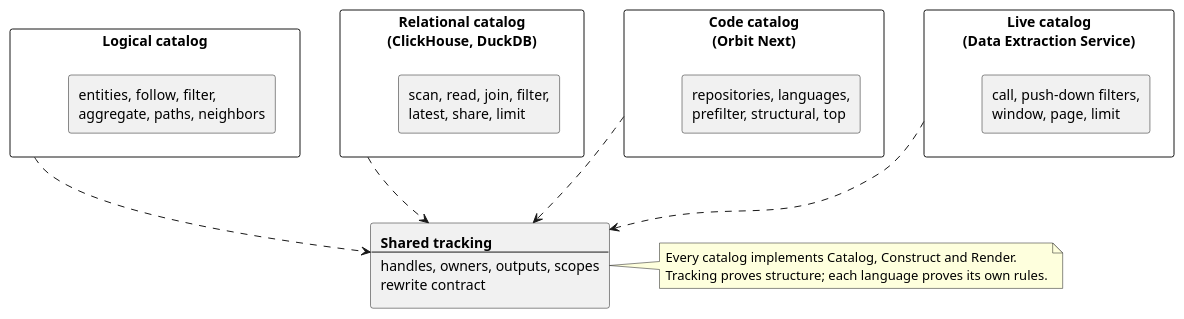
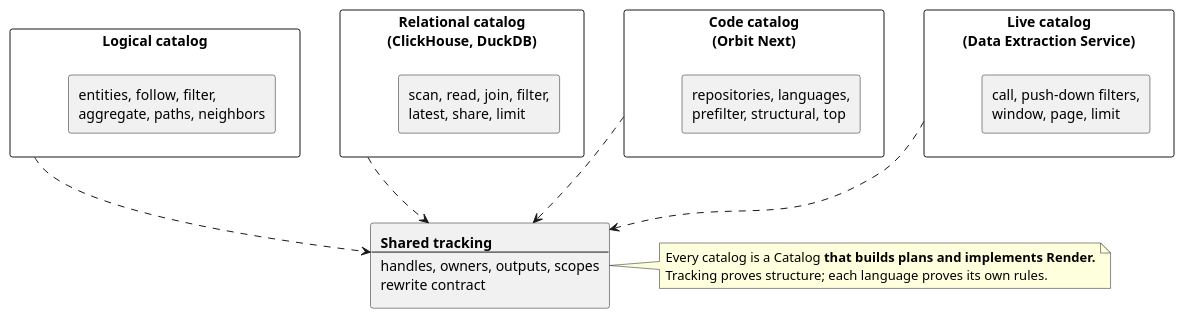
The sixth of 10 diagrams in docs/pages/engineering/adr/024_pluggable_data_model.md (gitlabhq/orbit-knowledge-graph), drawn with PlantUML before and after one commit. The commit also changed other lines of this file and 1 other file, not shown here.

````diff
--- a/docs/pages/engineering/adr/024_pluggable_data_model.md
+++ b/docs/pages/engineering/adr/024_pluggable_data_model.md
@@ -434,37 +434,37 @@
 ```plantuml
 @startuml
 set separator none
 skinparam shadowing false
 skinparam componentStyle rectangle
 skinparam nodesep 50
 skinparam ranksep 90
 
 component "Logical catalog" as LCAT {
   [entities, follow, filter,\naggregate, paths, neighbors] as LO
 }
 component "Relational catalog\n(ClickHouse, DuckDB)" as RCAT {
   [scan, read, join, filter,\nlatest, share, limit] as RO
 }
 component "Code catalog\n(Orbit Next)" as CCAT {
   [repositories, languages,\nprefilter, structural, top] as CO
 }
 component "Live catalog\n(Data Extraction Service)" as VCAT {
   [call, push-down filters,\nwindow, page, limit] as VO
 }
 rectangle TH [
 <b>Shared tracking</b>
 ----
 handles, owners, outputs, scopes
 rewrite contract
 ]
 
 LCAT .down.> TH
 RCAT .down.> TH
 CCAT .down.> TH
 VCAT .down.> TH
 note right of TH
-  Every catalog implements Catalog, Construct and Render.
+  Every catalog is a Catalog<B> that builds plans and implements Render.
   Tracking proves structure; each language proves its own rules.
 end note
 @enduml
 ```
````
